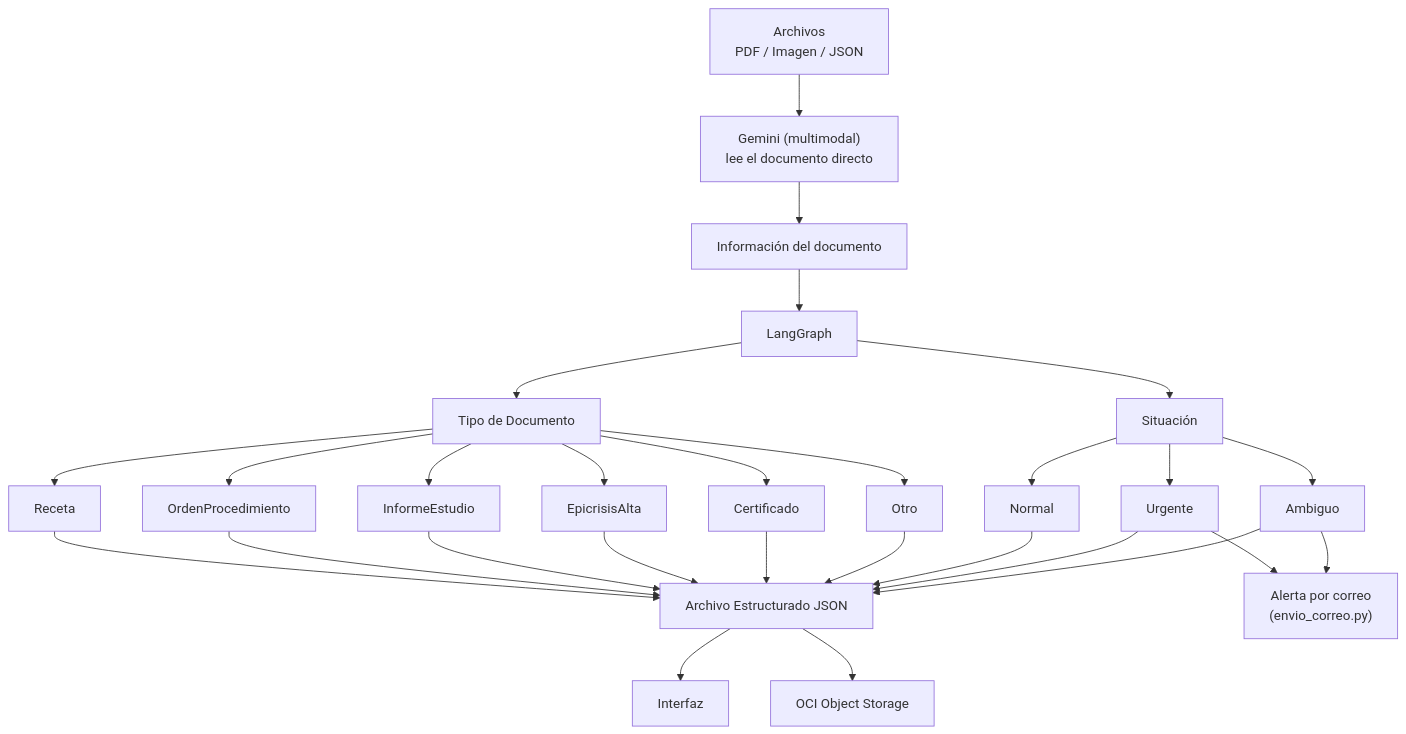
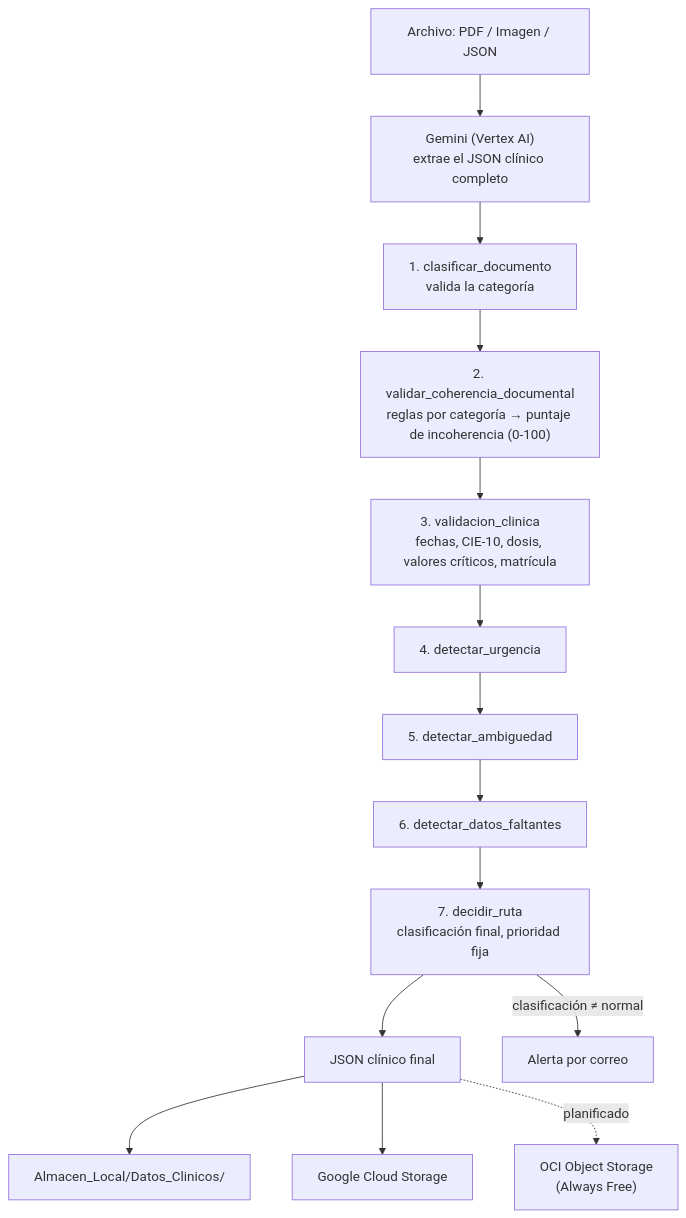
Before and after one commit to No-Country-simulation/G10-LATAM-EQUIPO50-MediFlow: the diagram in docs/arquitectura.md, drawn with Mermaid. The commit also changed other lines of this file and 20 other files, not shown here.

````diff
--- a/docs/arquitectura.md
+++ b/docs/arquitectura.md
@@ -5,30 +9,16 @@
 ```mermaid
 flowchart TD
-    A["Archivos\nPDF / Imagen / JSON"] --> B["Gemini (multimodal)\nlee el documento directo"]
-    B --> C["Información del documento"]
-    C --> D["LangGraph"]
-    D --> E["Tipo de Documento"]
-    D --> F["Situación"]
-    E --> E1["Receta"]
-    E --> E2["OrdenProcedimiento"]
-    E --> E3["InformeEstudio"]
-    E --> E4["EpicrisisAlta"]
-    E --> E5["Certificado"]
-    E --> E6["Otro"]
-    F --> F1["Normal"]
-    F --> F2["Urgente"]
-    F --> F3["Ambiguo"]
-    E1 --> G["Archivo Estructurado JSON"]
-    E2 --> G
-    E3 --> G
-    E4 --> G
-    E5 --> G
-    E6 --> G
-    F1 --> G
-    F2 --> G
-    F3 --> G
-    G --> H["Interfaz"]
-    G --> I["OCI Object Storage"]
-    F2 --> J["Alerta por correo\n(envio_correo.py)"]
-    F3 --> J
+    A["Archivo: PDF / Imagen / JSON"] --> B["Gemini (Vertex AI)\nextrae el JSON clínico completo"]
+    B --> C["1. clasificar_documento\nvalida la categoría"]
+    C --> D["2. validar_coherencia_documental\nreglas por categoría → puntaje de incoherencia (0-100)"]
+    D --> E["3. validacion_clinica\nfechas, CIE-10, dosis, valores críticos, matrícula"]
+    E --> F["4. detectar_urgencia"]
+    F --> G["5. detectar_ambiguedad"]
+    G --> H["6. detectar_datos_faltantes"]
+    H --> I["7. decidir_ruta\nclasificación final, prioridad fija"]
+    I --> J["JSON clínico final"]
+    J --> K["Almacen_Local/Datos_Clinicos/"]
+    J --> L["Google Cloud Storage"]
+    J -.->|planificado| N["OCI Object Storage\n(Always Free)"]
+    I -->|clasificación ≠ normal| M["Alerta por correo"]
 ```
````
